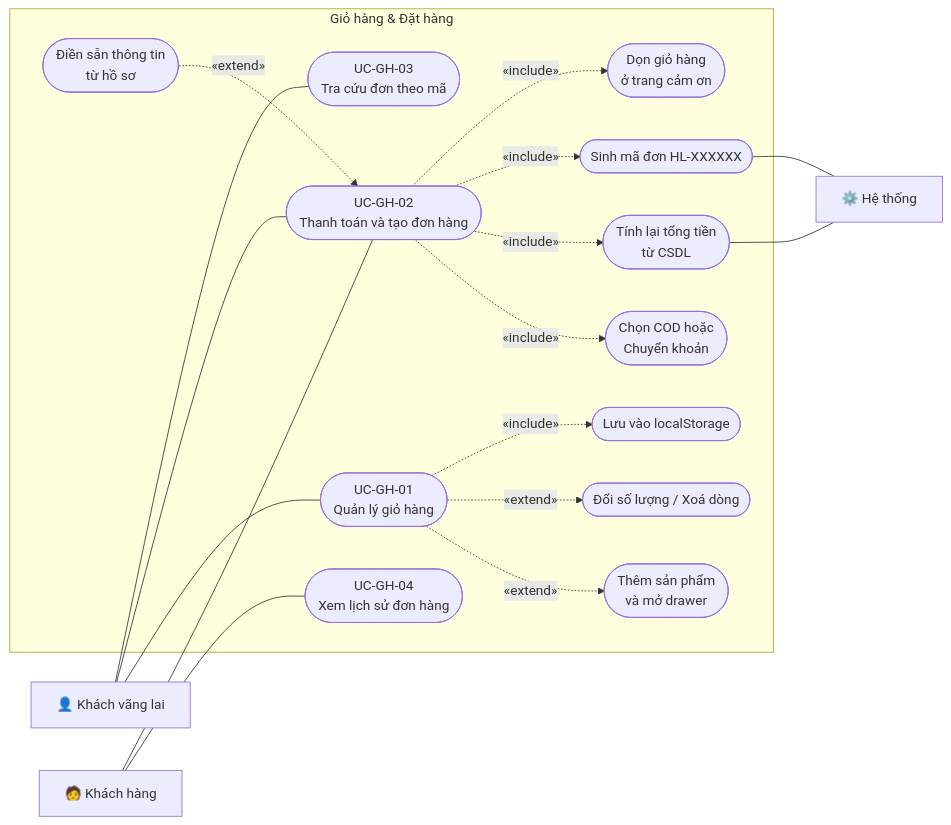
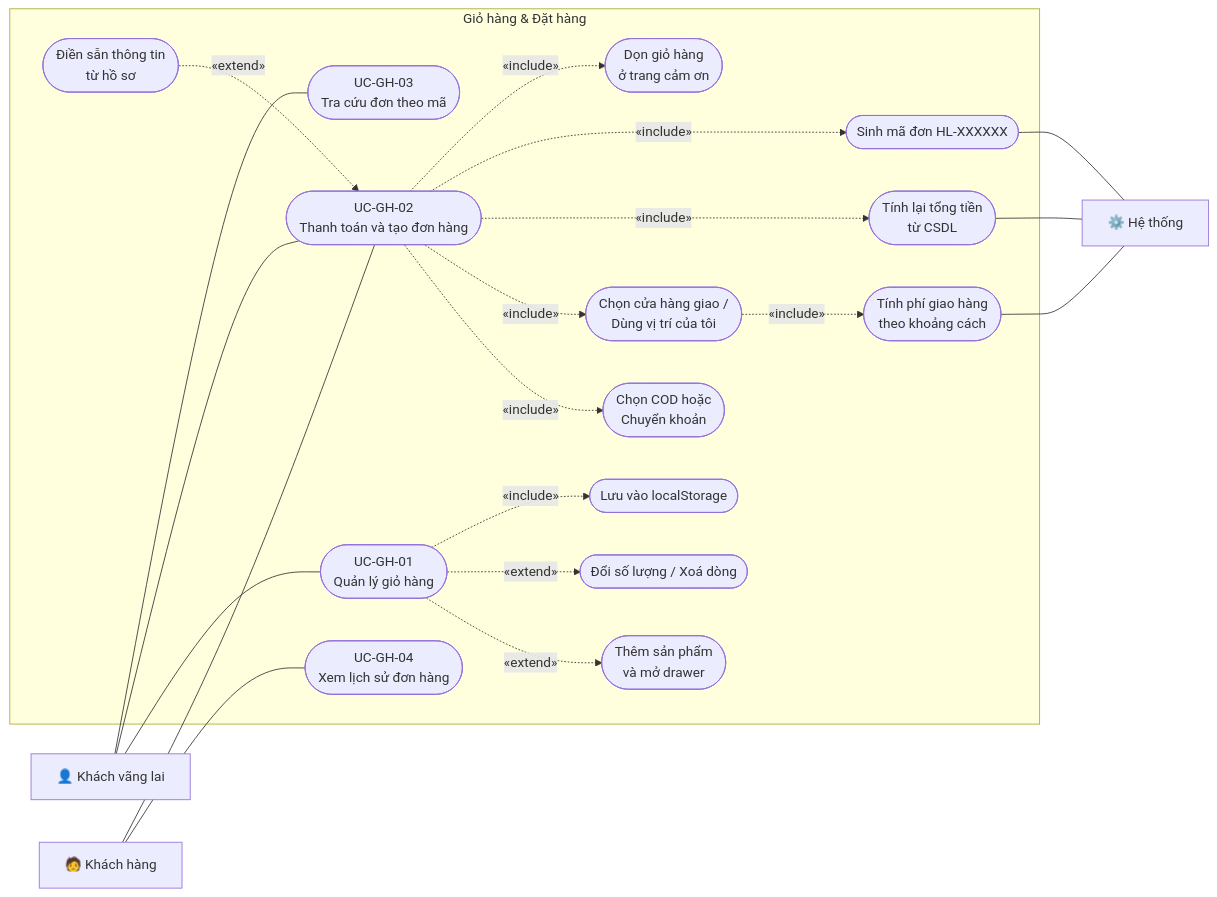
Before and after one commit to ngvuowng/doan: the fourth of 51 diagrams in docs/SRS.md, drawn with Mermaid. The commit also changed other lines of this file and 63 other files, not shown here.

First line of the commit message:
Thêm phân quyền nhân sự, hệ thống cửa hàng kèm phí giao hàng, trừ tồn kho và danh mục hai cấp

````diff
--- a/docs/SRS.md
+++ b/docs/SRS.md
@@ -302,40 +306,45 @@
 ```mermaid
 flowchart LR
     GU["👤 Khách vãng lai"]
     CU["🧑 Khách hàng"]
     SYS["⚙️ Hệ thống"]
 
     subgraph GH["Giỏ hàng & Đặt hàng"]
         B1(["UC-GH-01<br/>Quản lý giỏ hàng"])
         B1a(["Thêm sản phẩm<br/>và mở drawer"])
         B1b(["Đổi số lượng / Xoá dòng"])
         B1c(["Lưu vào localStorage"])
 
         B2(["UC-GH-02<br/>Thanh toán và tạo đơn hàng"])
         B2a(["Điền sẵn thông tin<br/>từ hồ sơ"])
         B2b(["Chọn COD hoặc<br/>Chuyển khoản"])
+        B2f(["Chọn cửa hàng giao /<br/>Dùng vị trí của tôi"])
+        B2g(["Tính phí giao hàng<br/>theo khoảng cách"])
         B2c(["Tính lại tổng tiền<br/>từ CSDL"])
         B2d(["Sinh mã đơn HL-XXXXXX"])
         B2e(["Dọn giỏ hàng<br/>ở trang cảm ơn"])
 
         B3(["UC-GH-03<br/>Tra cứu đơn theo mã"])
         B4(["UC-GH-04<br/>Xem lịch sử đơn hàng"])
     end
 
     GU --- B1
     GU --- B2
     GU --- B3
     CU --- B4
     CU --- B2
 
     B1 -. "«extend»" .-> B1a
     B1 -. "«extend»" .-> B1b
     B1 -. "«include»" .-> B1c
     B2a -. "«extend»" .-> B2
     B2 -. "«include»" .-> B2b
+    B2 -. "«include»" .-> B2f
+    B2f -. "«include»" .-> B2g
     B2 -. "«include»" .-> B2c
     B2 -. "«include»" .-> B2d
     B2 -. "«include»" .-> B2e
+    B2g --- SYS
     B2c --- SYS
     B2d --- SYS
 ```
````
